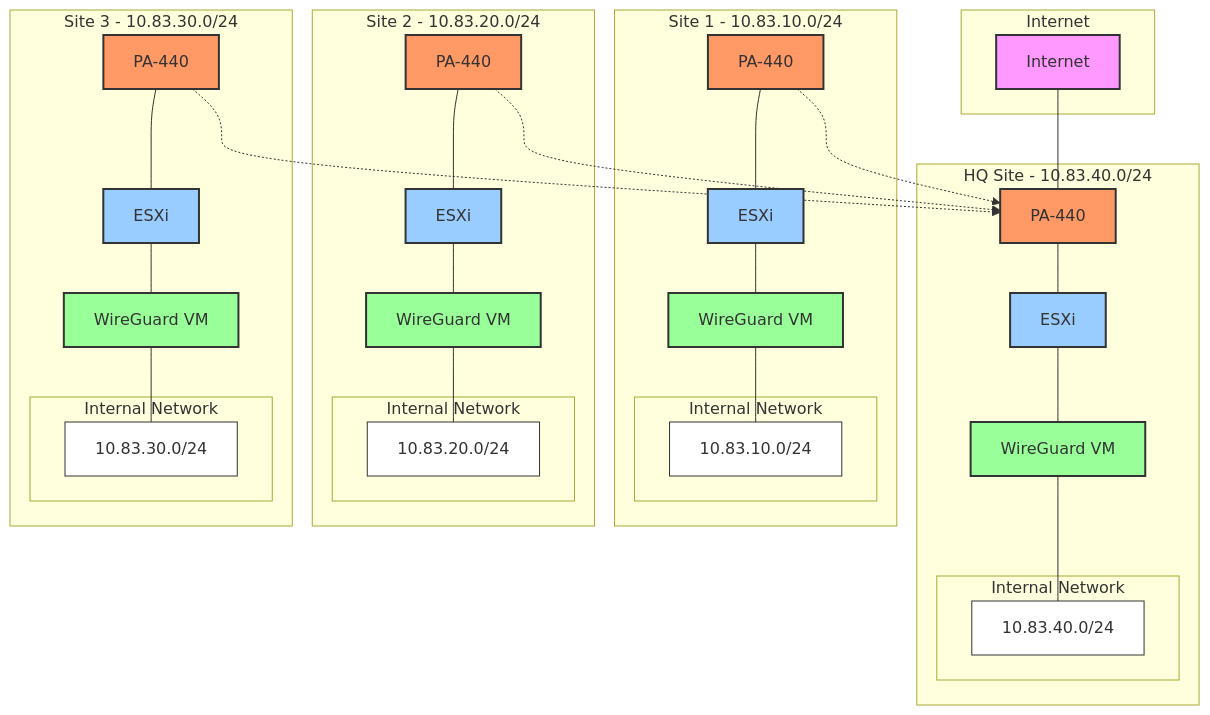
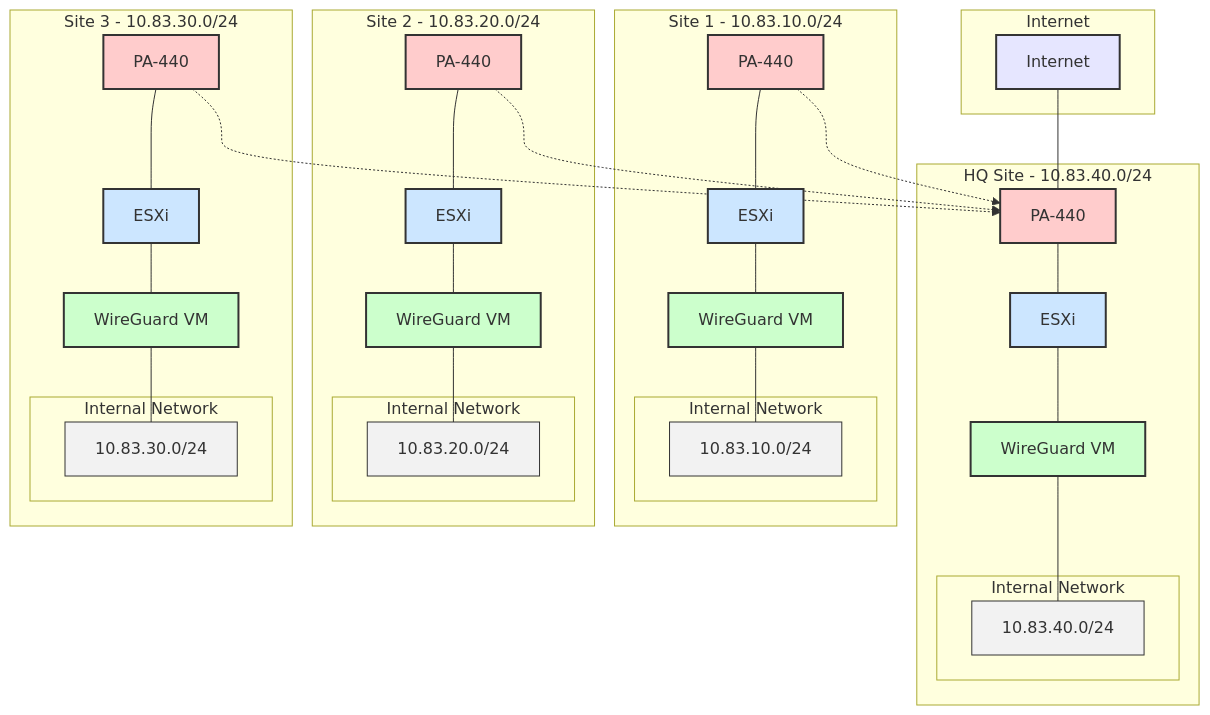
The diagram in README.md (MarkusReadius/wireguard-pa440-vpn-guide), drawn with Mermaid before and after one commit.

Commit message:
Update network diagram with better color contrast for readability

````diff
--- a/README.md
+++ b/README.md
@@ -7,74 +7,74 @@
 ```mermaid
 graph TB
     subgraph Internet
         inet[Internet]
     end
 
     subgraph HQ[HQ Site - 10.83.40.0/24]
         pa440_hq[PA-440]
         esxi_hq[ESXi]
         wg_hq[WireGuard VM]
         subgraph HQ_Network[Internal Network]
             hq_net[10.83.40.0/24]
         end
     end
 
     subgraph Site1[Site 1 - 10.83.10.0/24]
         pa440_1[PA-440]
         esxi_1[ESXi]
         wg_1[WireGuard VM]
         subgraph Site1_Network[Internal Network]
             site1_net[10.83.10.0/24]
         end
     end
 
     subgraph Site2[Site 2 - 10.83.20.0/24]
         pa440_2[PA-440]
         esxi_2[ESXi]
         wg_2[WireGuard VM]
         subgraph Site2_Network[Internal Network]
             site2_net[10.83.20.0/24]
         end
     end
 
     subgraph Site3[Site 3 - 10.83.30.0/24]
         pa440_3[PA-440]
         esxi_3[ESXi]
         wg_3[WireGuard VM]
         subgraph Site3_Network[Internal Network]
             site3_net[10.83.30.0/24]
         end
     end
 
     inet --- pa440_hq
     pa440_1 -.-> pa440_hq
     pa440_2 -.-> pa440_hq
     pa440_3 -.-> pa440_hq
 
     pa440_hq --- esxi_hq
     pa440_1 --- esxi_1
     pa440_2 --- esxi_2
     pa440_3 --- esxi_3
 
     esxi_hq --- wg_hq
     esxi_1 --- wg_1
     esxi_2 --- wg_2
     esxi_3 --- wg_3
 
     wg_hq --- hq_net
     wg_1 --- site1_net
     wg_2 --- site2_net
     wg_3 --- site3_net
 
-    classDef internet fill:#f9f,stroke:#333,stroke-width:2px;
-    classDef firewall fill:#f96,stroke:#333,stroke-width:2px;
-    classDef esxi fill:#9cf,stroke:#333,stroke-width:2px;
-    classDef wireguard fill:#9f9,stroke:#333,stroke-width:2px;
-    classDef network fill:#fff,stroke:#333,stroke-width:1px;
+    classDef internet fill:#e6e6ff,stroke:#333,stroke-width:2px;
+    classDef firewall fill:#ffcccc,stroke:#333,stroke-width:2px;
+    classDef esxi fill:#cce6ff,stroke:#333,stroke-width:2px;
+    classDef wireguard fill:#ccffcc,stroke:#333,stroke-width:2px;
+    classDef network fill:#f2f2f2,stroke:#333,stroke-width:1px;
 
     class inet internet;
     class pa440_hq,pa440_1,pa440_2,pa440_3 firewall;
     class esxi_hq,esxi_1,esxi_2,esxi_3 esxi;
     class wg_hq,wg_1,wg_2,wg_3 wireguard;
     class hq_net,site1_net,site2_net,site3_net network;
 ```
````
